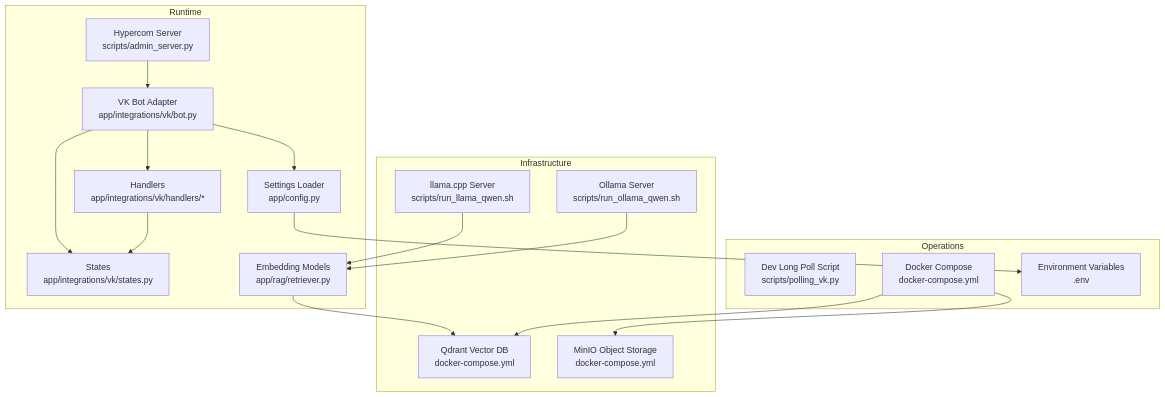
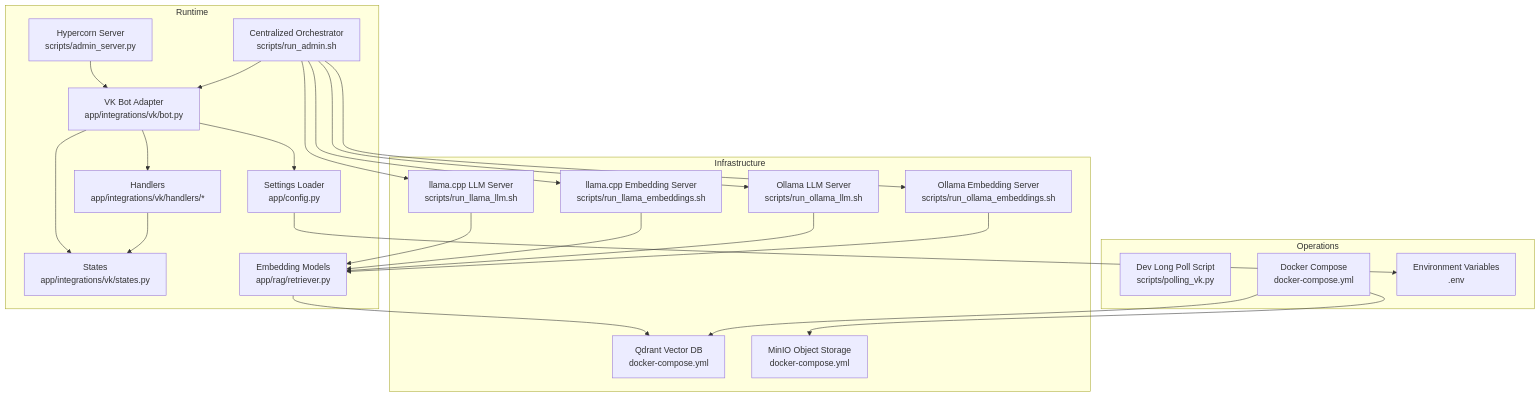
Before and after one commit to ognelis/cafetera_hr_bot: the first of 11 diagrams in .qoder/repowiki/en/content/Deployment and Operations.md, drawn with Mermaid. The commit also changed other lines of this file and 4 other files, not shown here.

````diff
--- a/.qoder/repowiki/en/content/Deployment and Operations.md
+++ b/.qoder/repowiki/en/content/Deployment and Operations.md
@@ -58,33 +63,43 @@
 ```mermaid
 graph TB
 subgraph "Runtime"
 VKBot["VK Bot Adapter<br/>app/integrations/vk/bot.py"]
 Handlers["Handlers<br/>app/integrations/vk/handlers/*"]
 States["States<br/>app/integrations/vk/states.py"]
 Config["Settings Loader<br/>app/config.py"]
 Embeddings["Embedding Models<br/>app/rag/retriever.py"]
 Hypercorn["Hypercorn Server<br/>scripts/admin_server.py"]
+Orchestrator["Centralized Orchestrator<br/>scripts/run_admin.sh"]
 end
 subgraph "Infrastructure"
 Qdrant["Qdrant Vector DB<br/>docker-compose.yml"]
 MinIO["MinIO Object Storage<br/>docker-compose.yml"]
-LlamaServer["llama.cpp Server<br/>scripts/run_llama_qwen.sh"]
-OllamaServer["Ollama Server<br/>scripts/run_ollama_qwen.sh"]
+LlamaLLM["llama.cpp LLM Server<br/>scripts/run_llama_llm.sh"]
+LlamaEmbed["llama.cpp Embedding Server<br/>scripts/run_llama_embeddings.sh"]
+OllamaLLM["Ollama LLM Server<br/>scripts/run_ollama_llm.sh"]
+OllamaEmbed["Ollama Embedding Server<br/>scripts/run_ollama_embeddings.sh"]
 end
 subgraph "Operations"
 DevPoll["Dev Long Poll Script<br/>scripts/polling_vk.py"]
 Compose["Docker Compose<br/>docker-compose.yml"]
 Env["Environment Variables<br/>.env"]
 end
 VKBot --> Handlers
 VKBot --> States
 VKBot --> Config
 Handlers --> States
 Embeddings --> Qdrant
 Config --> Env
-LlamaServer --> Embeddings
-OllamaServer --> Embeddings
+LlamaLLM --> Embeddings
+LlamaEmbed --> Embeddings
+OllamaLLM --> Embeddings
+OllamaEmbed --> Embeddings
 Compose --> Qdrant
 Compose --> MinIO
 Hypercorn --> VKBot
+Orchestrator --> VKBot
+Orchestrator --> LlamaLLM
+Orchestrator --> LlamaEmbed
+Orchestrator --> OllamaLLM
+Orchestrator --> OllamaEmbed
 ```
````
